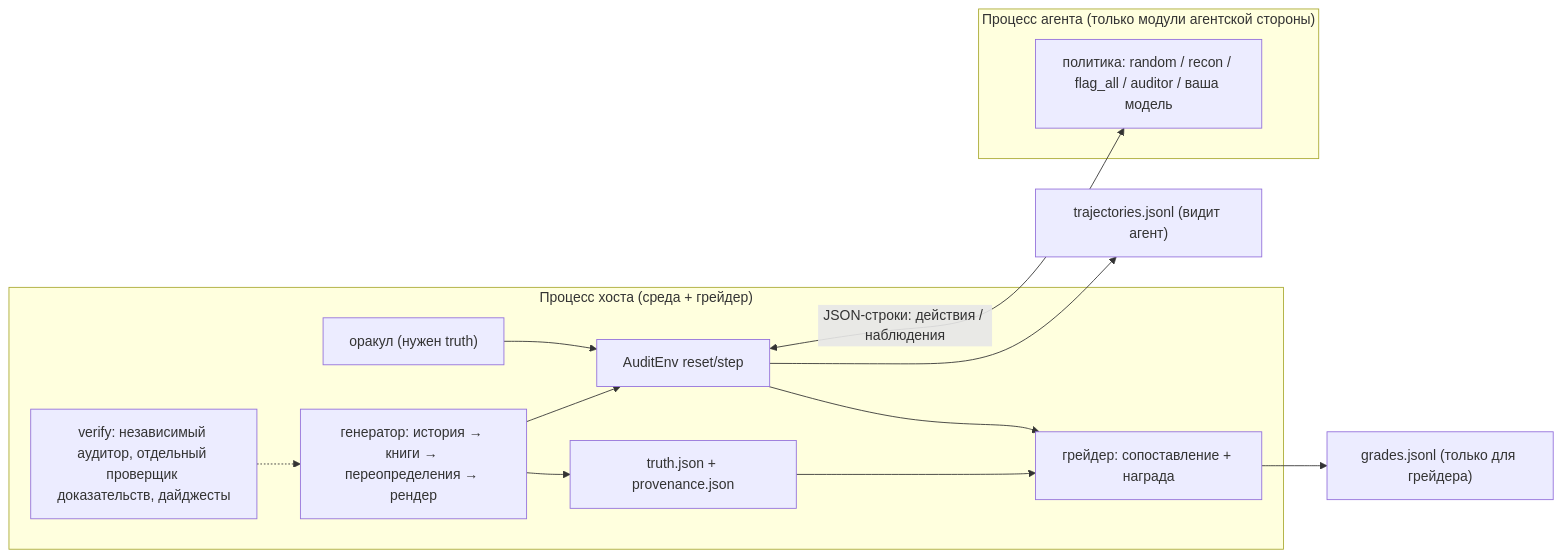
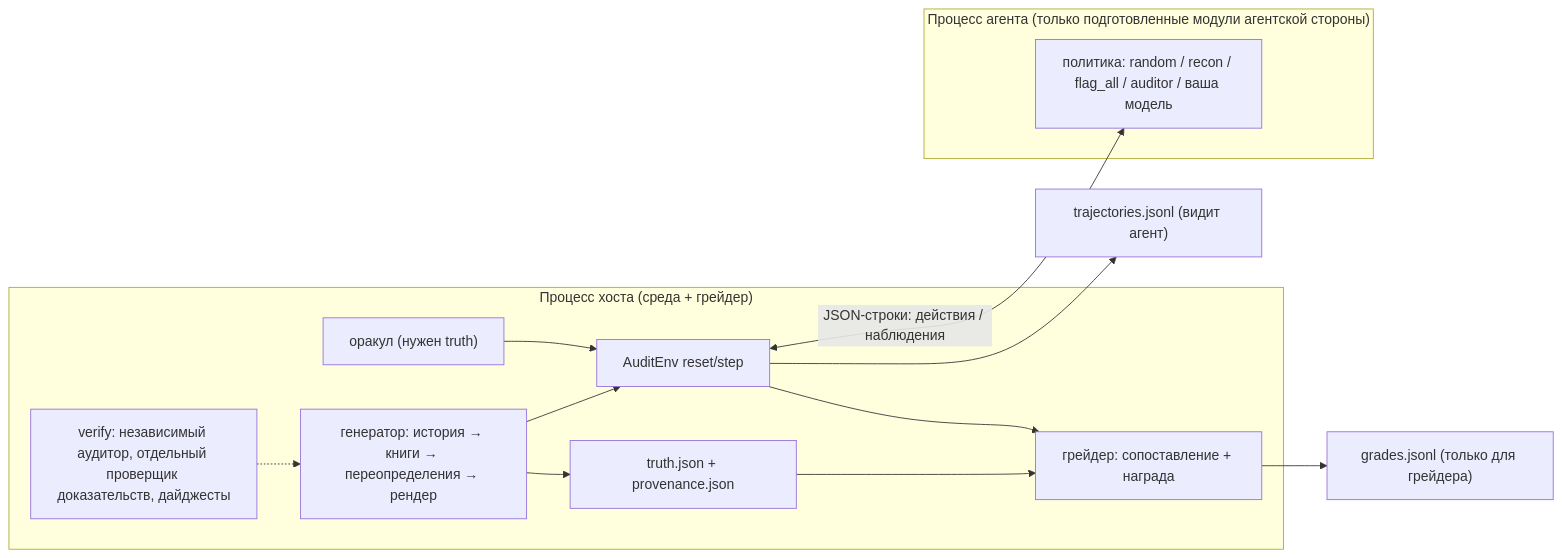
One commit to murzakhmetov/auditgym changed the diagram in README.ru.md. Above: the diagram before and after it, drawn with Mermaid. The commit also changed other lines of this file and 6 other files, not shown here.

````diff
--- a/README.ru.md
+++ b/README.ru.md
@@ -179,17 +190,17 @@
 ```mermaid
 flowchart LR
   subgraph host["Процесс хоста (среда + грейдер)"]
     G["генератор: история → книги → переопределения → рендер"] --> E["AuditEnv reset/step"]
     G --> T["truth.json + provenance.json"]
     T --> GR["грейдер: сопоставление + награда"]
     E --> GR
     V["verify: независимый аудитор, отдельный проверщик доказательств, дайджесты"] -.-> G
     O["оракул (нужен truth)"] --> E
   end
-  subgraph child["Процесс агента (только модули агентской стороны)"]
+  subgraph child["Процесс агента (только подготовленные модули агентской стороны)"]
     P["политика: random / recon / flag_all / auditor / ваша модель"]
   end
   E <-->|"JSON-строки: действия / наблюдения"| P
   GR --> L["grades.jsonl (только для грейдера)"]
   E --> TR["trajectories.jsonl (видит агент)"]
 ```
````
